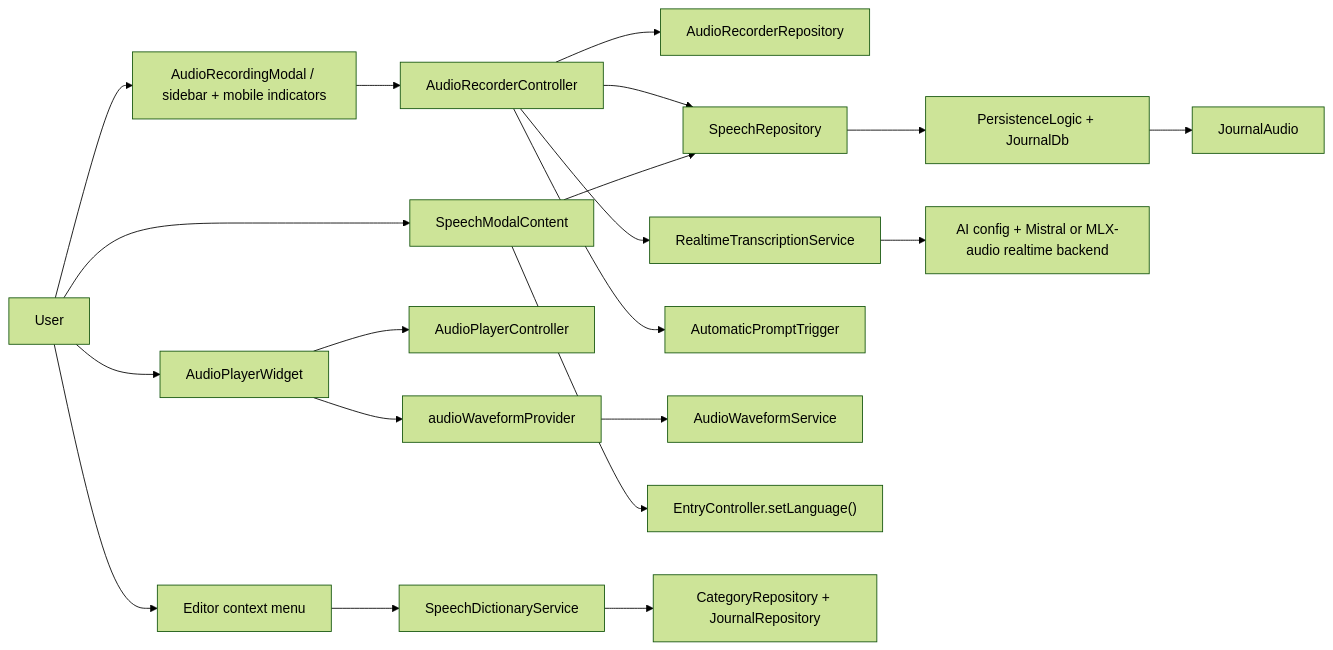
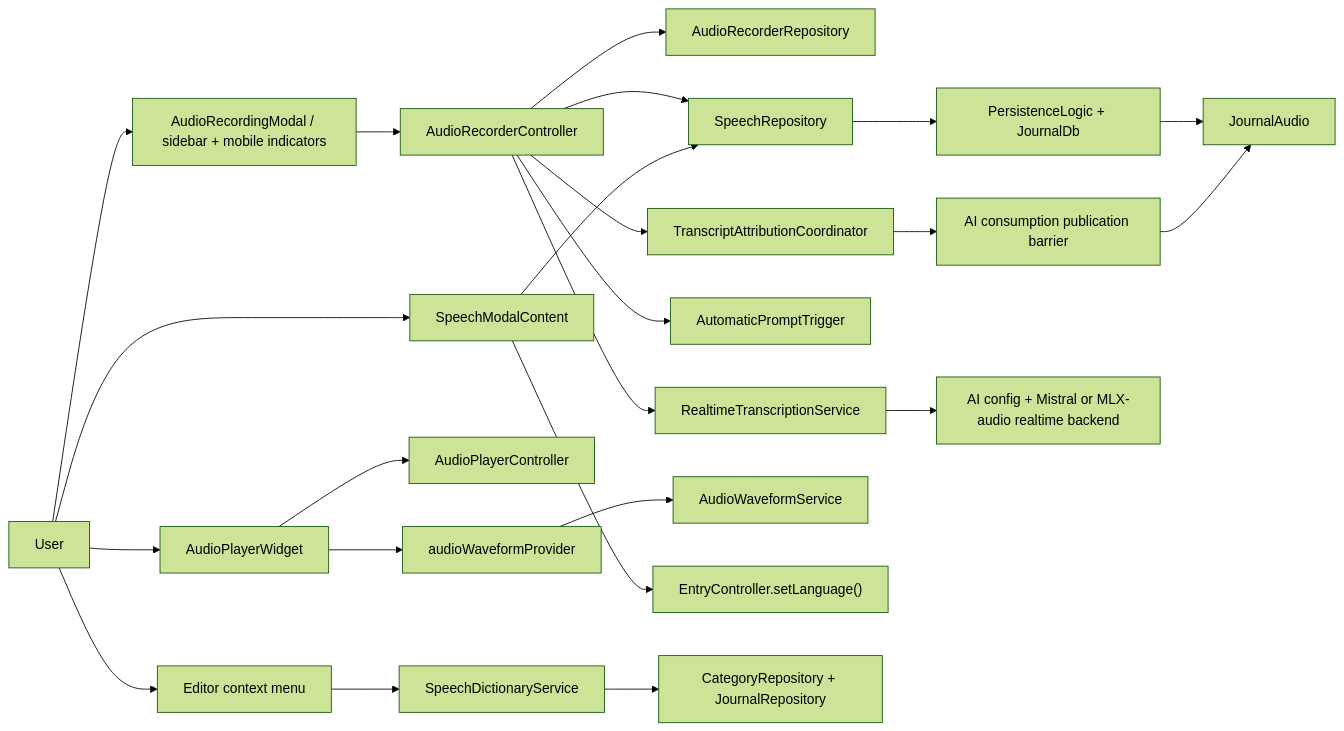
One commit to matthiasn/lotti changed the first of 5 diagrams in lib/features/speech/README.md. Above: the diagram before and after it, drawn with Mermaid (forest theme). The commit also changed other lines of this file and 95 other files, not shown here.

Commit message:
feat: add AI consumption attribution

````diff
--- a/lib/features/speech/README.md
+++ b/lib/features/speech/README.md
@@ -32,26 +32,29 @@
 ```mermaid
 flowchart LR
   User["User"] --> RecordingUI["AudioRecordingModal / sidebar + mobile indicators"]
   User --> PlaybackUI["AudioPlayerWidget"]
   User --> TranscriptUI["SpeechModalContent"]
   User --> EditorUI["Editor context menu"]
 
   RecordingUI --> RecorderCtl["AudioRecorderController"]
   RecorderCtl --> RecorderRepo["AudioRecorderRepository"]
   RecorderCtl --> RtTx["RealtimeTranscriptionService"]
   RecorderCtl --> SpeechRepo["SpeechRepository"]
   RecorderCtl --> AutoPrompt["AutomaticPromptTrigger"]
+  RecorderCtl --> Attribution["TranscriptAttributionCoordinator"]
+  Attribution --> Barrier["AI consumption publication barrier"]
 
   PlaybackUI --> PlayerCtl["AudioPlayerController"]
   PlaybackUI --> WaveformProvider["audioWaveformProvider"]
   WaveformProvider --> WaveformSvc["AudioWaveformService"]
 
   TranscriptUI --> EntryCtl["EntryController.setLanguage()"]
   TranscriptUI --> SpeechRepo
   EditorUI --> DictSvc["SpeechDictionaryService"]
 
   SpeechRepo --> Persist["PersistenceLogic + JournalDb"]
   DictSvc --> CategoryRepo["CategoryRepository + JournalRepository"]
   RtTx --> AiConfig["AI config + Mistral or MLX-audio realtime backend"]
   Persist --> JournalAudio["JournalAudio"]
+  Barrier --> JournalAudio
 ```
````
